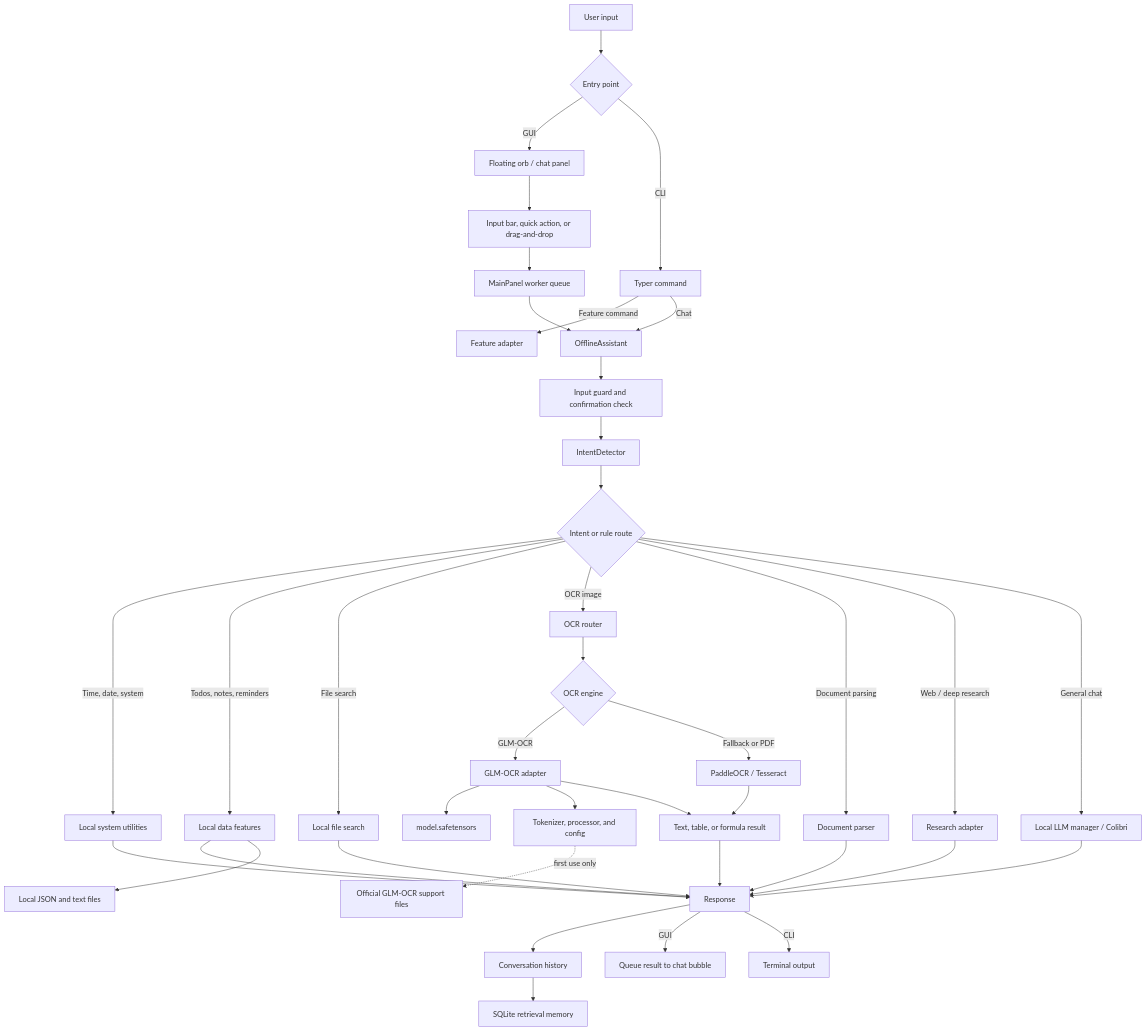
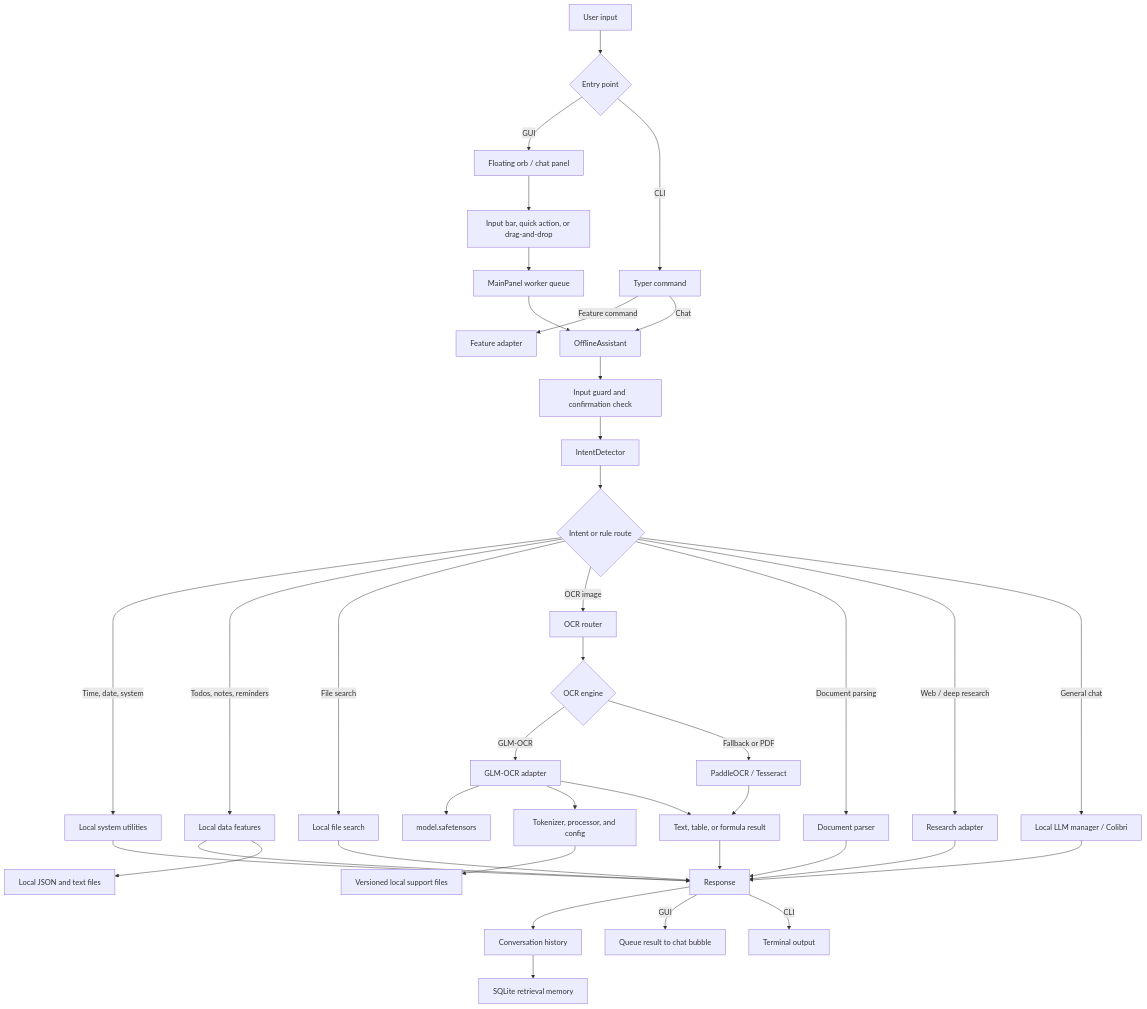
One commit to purvik08/Charlie_AI changed the first of 3 diagrams in README.md. Above: the diagram before and after it, drawn with Mermaid. The commit also changed other lines of this file and 8 other files, not shown here.

Commit message:
Include offline GLM-OCR support assets

````diff
--- a/README.md
+++ b/README.md
@@ -31,46 +31,46 @@
 ```mermaid
 flowchart TD
     A[User input] --> B{Entry point}
 
     B -->|GUI| C[Floating orb / chat panel]
     C --> D[Input bar, quick action, or drag-and-drop]
     D --> E[MainPanel worker queue]
     B -->|CLI| F[Typer command]
     F -->|Feature command| G[Feature adapter]
     F -->|Chat| H[OfflineAssistant]
 
     E --> H
     H --> I[Input guard and confirmation check]
     I --> J[IntentDetector]
     J --> K{Intent or rule route}
 
     K -->|Time, date, system| L[Local system utilities]
     K -->|Todos, notes, reminders| M[Local data features]
     K -->|File search| N[Local file search]
     K -->|OCR image| O[OCR router]
     K -->|Document parsing| P[Document parser]
     K -->|Web / deep research| Q[Research adapter]
     K -->|General chat| R[Local LLM manager / Colibri]
 
     O --> S{OCR engine}
     S -->|GLM-OCR| T[GLM-OCR adapter]
     T --> U[model.safetensors]
     T --> V[Tokenizer, processor, and config]
-    V -. first use only .-> W[Official GLM-OCR support files]
+    V --> W[Versioned local support files]
     T --> X[Text, table, or formula result]
     S -->|Fallback or PDF| Y[PaddleOCR / Tesseract]
     Y --> X
 
     L --> Z[Response]
     M --> Z
     N --> Z
     X --> Z
     P --> Z
     Q --> Z
     R --> Z
     Z --> AA[Conversation history]
     AA --> AB[SQLite retrieval memory]
     M --> AC[Local JSON and text files]
     Z -->|GUI| AD[Queue result to chat bubble]
     Z -->|CLI| AE[Terminal output]
 ```
````
